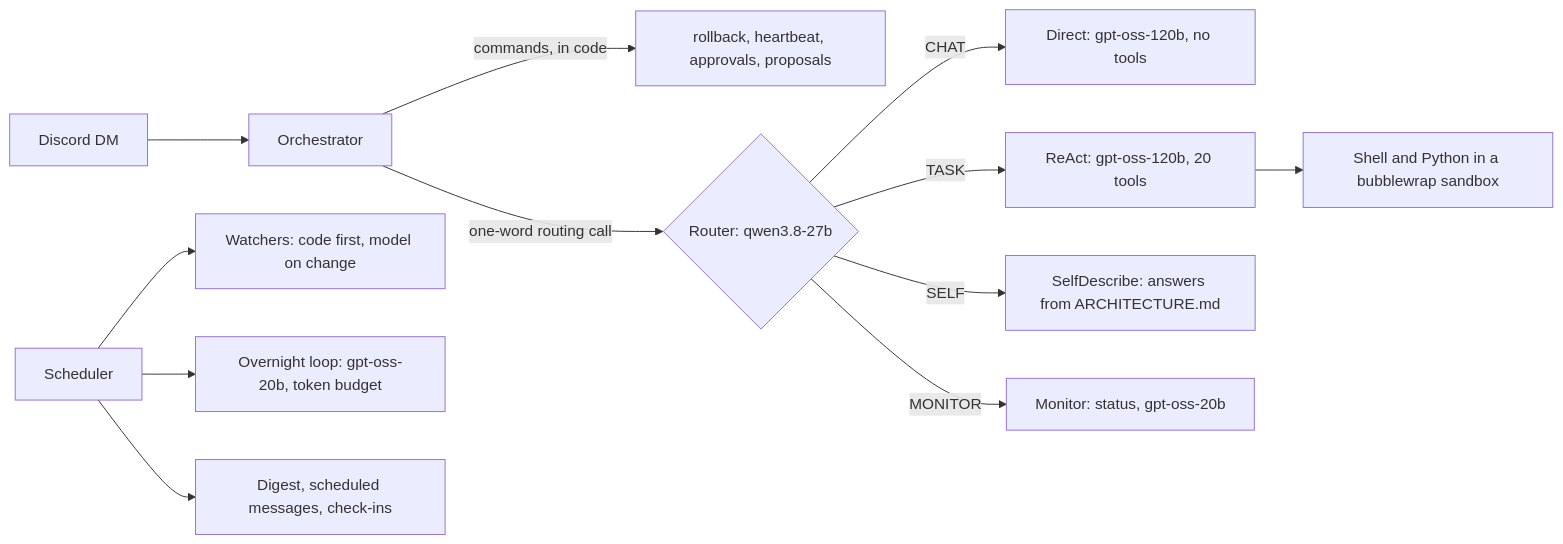
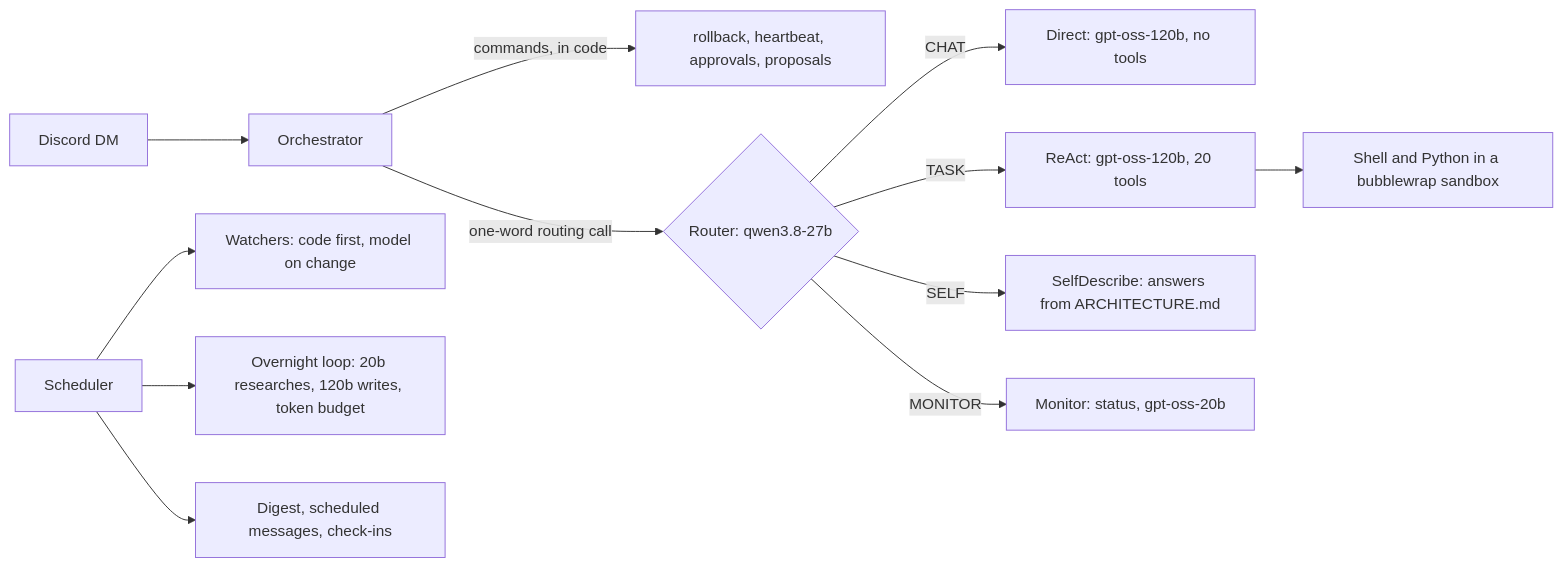
The diagram in README.md (neoprimlabs/I.G.O.R.), drawn with Mermaid before and after one commit. The commit also changed 5 other files, not shown here.

First line of the commit message:
Overnight: the paper write moves to 120b; the budget counts both models

````diff
--- a/README.md
+++ b/README.md
@@ -30,14 +30,14 @@
 ```mermaid
 flowchart LR
     U["Discord DM"] --> O["Orchestrator"]
     O -->|"commands, in code"| K["rollback, heartbeat, approvals, proposals"]
     O -->|"one-word routing call"| R{"Router: qwen3.8-27b"}
     R -->|CHAT| D["Direct: gpt-oss-120b, no tools"]
     R -->|TASK| A["ReAct: gpt-oss-120b, 20 tools"]
     R -->|SELF| S["SelfDescribe: answers from ARCHITECTURE.md"]
     R -->|MONITOR| M["Monitor: status, gpt-oss-20b"]
     A --> B["Shell and Python in a bubblewrap sandbox"]
     J["Scheduler"] --> W["Watchers: code first, model on change"]
-    J --> N["Overnight loop: gpt-oss-20b, token budget"]
+    J --> N["Overnight loop: 20b researches, 120b writes, token budget"]
     J --> G["Digest, scheduled messages, check-ins"]
 ```
````
